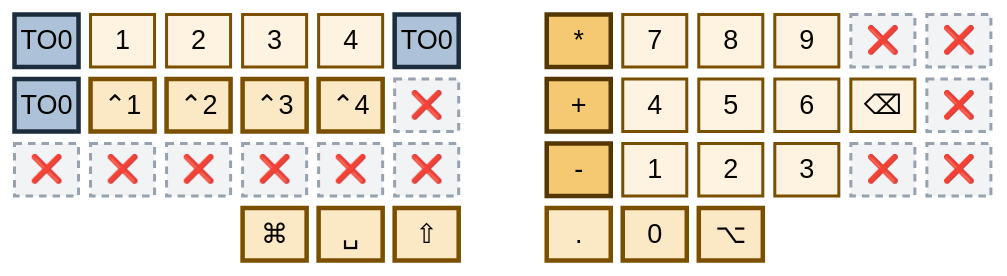
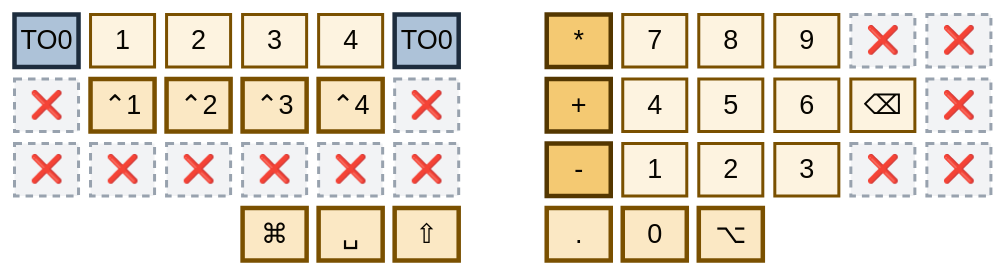
Before and after one commit to abloch/zmk-corne: the fourth of 6 diagrams in README.md, drawn with Mermaid. The commit also changed other lines of this file and 5 other files, not shown here.

````diff
--- a/README.md
+++ b/README.md
@@ -153,23 +152,23 @@
 ```mermaid
 %%{init: {'theme':'base','themeVariables':{'primaryColor':'#fdf3e0','primaryTextColor':'#2e1e00','primaryBorderColor':'#7a5000','nodeTextColor':'#2e1e00','textColor':'#2e1e00','mainBkg':'#fdf3e0','fontSize':'18px'}}}%%
 block
 columns 13
 
   to0["TO0"] n1["1"] n2["2"] n3["3"] n4["4"] t0b["TO0"] space mul["*"] s7["7"] s8["8"] s9["9"] x12["❌"] x1["❌"]
-  t0c["TO0"] c1["⌃1"] c2["⌃2"] c3["⌃3"] c4["⌃4"] x2["❌"] space pls["+"] s4["4"] s5["5"] s6["6"] bsp["⌫"] x3["❌"]
+  x13["❌"] c1["⌃1"] c2["⌃2"] c3["⌃3"] c4["⌃4"] x2["❌"] space pls["+"] s4["4"] s5["5"] s6["6"] bsp["⌫"] x3["❌"]
   x4["❌"] x5["❌"] x6["❌"] x7["❌"] x8["❌"] x9["❌"] space mns["-"] s1["1"] s2["2"] s3["3"] x10["❌"] x11["❌"]
   space:3 cmd["⌘"] spc["␣"] sft["⇧"] space kdt["."] zro["0"] alt["⌥"] space:3
 
   classDef plain fill:#fdf3e0,stroke:#7a5000,stroke-width:2px,color:#2e1e00
   classDef mod fill:#fbe8c4,stroke:#7a5000,stroke-width:3px,color:#2e1e00
   classDef spec fill:#f4c972,stroke:#543700,stroke-width:3px,color:#1c1200
   classDef goL0 fill:#adc2d8,stroke:#1d2c3d,stroke-width:3px,color:#060c12
   classDef alert fill:#ffd5d0,stroke:#8c1008,stroke-width:3px,color:#3d0603
   classDef dead fill:#f2f3f5,stroke:#98a2ae,stroke-width:2px,stroke-dasharray:5 4,color:#5b6673
 
   class n1,n2,n3,n4,s1,s2,s3,s4,s5,s6,s7,s8,s9,bsp plain
   class c1,c2,c3,c4,cmd,spc,sft,kdt,zro,alt mod
   class mul,pls,mns spec
-  class to0,t0b,t0c goL0
-  class x1,x2,x3,x4,x5,x6,x7,x8,x9,x10,x11,x12 dead
+  class to0,t0b goL0
+  class x1,x2,x3,x4,x5,x6,x7,x8,x9,x10,x11,x12,x13 dead
 ```
````
